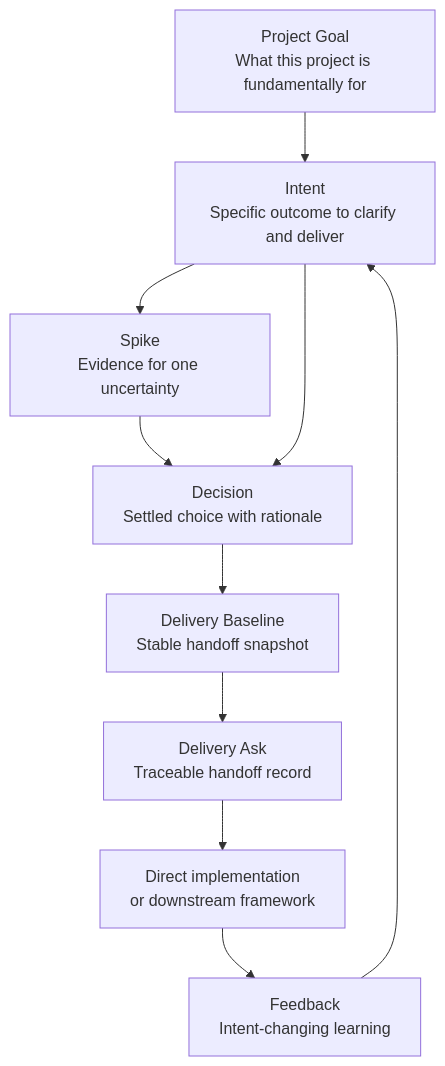
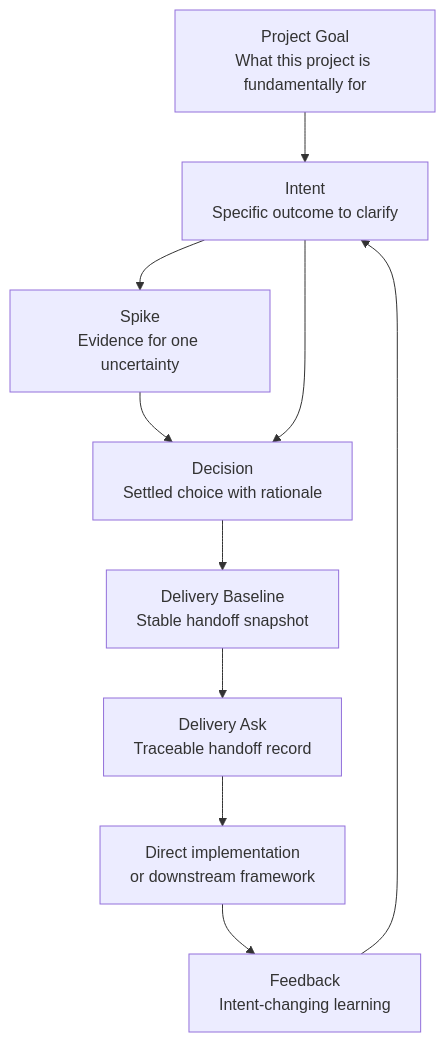
One commit to qiangxue/pie changed the first of 2 diagrams in README.md. Above: the diagram before and after it, drawn with Mermaid. The commit also changed other lines of this file and 18 other files, not shown here.

````diff
--- a/README.md
+++ b/README.md
@@ -73,21 +35,21 @@
 ```mermaid
 flowchart TD
   Project["Project Goal<br/>What this project is fundamentally for"]
-  Intent["Intent<br/>Specific outcome to clarify and deliver"]
+  Intent["Intent<br/>Specific outcome to clarify"]
   Spike["Spike<br/>Evidence for one uncertainty"]
   Decision["Decision<br/>Settled choice with rationale"]
   Baseline["Delivery Baseline<br/>Stable handoff snapshot"]
   Ask["Delivery Ask<br/>Traceable handoff record"]
   Delivery["Direct implementation<br/>or downstream framework"]
   Feedback["Feedback<br/>Intent-changing learning"]
 
   Project --> Intent
   Intent --> Spike
   Spike --> Decision
   Intent --> Decision
   Decision --> Baseline
   Baseline --> Ask
   Ask --> Delivery
   Delivery --> Feedback
   Feedback --> Intent
 ```
````
